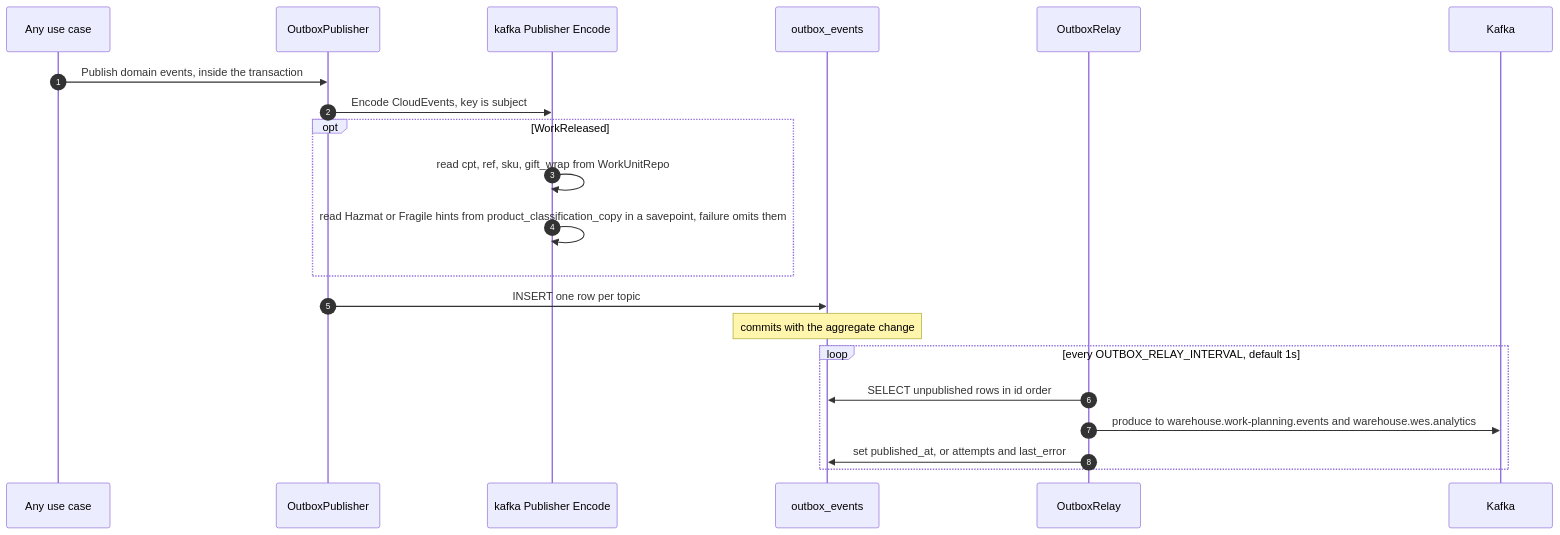
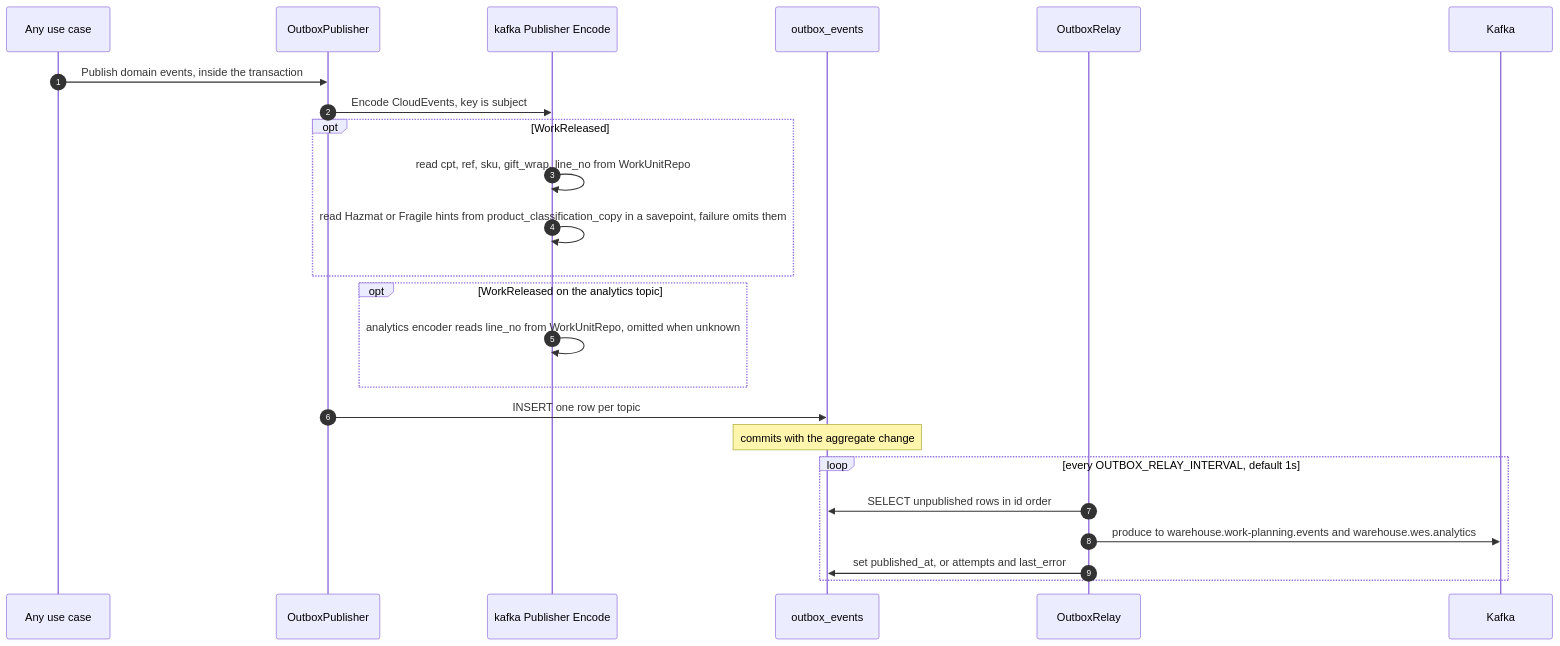
One commit to IQVO/warehouse-docs changed the ninth of 10 diagrams in docs/contexts/wes-work-planning/sequence-diagrams.md. Above: the diagram before and after it, drawn with Mermaid. The commit also changed other lines of this file and 119 other files, not shown here.

````diff
--- a/docs/contexts/wes-work-planning/sequence-diagrams.md
+++ b/docs/contexts/wes-work-planning/sequence-diagrams.md
@@ -403,24 +403,27 @@
 ```mermaid
 sequenceDiagram
     autonumber
     participant UC as Any use case
     participant OP as OutboxPublisher
     participant ENC as kafka Publisher Encode
     participant Outbox as outbox_events
     participant Relay as OutboxRelay
     participant K as Kafka
 
     UC->>OP: Publish domain events, inside the transaction
     OP->>ENC: Encode CloudEvents, key is subject
     opt WorkReleased
-        ENC->>ENC: read cpt, ref, sku, gift_wrap from WorkUnitRepo
+        ENC->>ENC: read cpt, ref, sku, gift_wrap, line_no from WorkUnitRepo
         ENC->>ENC: read Hazmat or Fragile hints from product_classification_copy in a savepoint, failure omits them
+    end
+    opt WorkReleased on the analytics topic
+        ENC->>ENC: analytics encoder reads line_no from WorkUnitRepo, omitted when unknown
     end
     OP->>Outbox: INSERT one row per topic
     Note over Outbox: commits with the aggregate change
     loop every OUTBOX_RELAY_INTERVAL, default 1s
         Relay->>Outbox: SELECT unpublished rows in id order
         Relay->>K: produce to warehouse.work-planning.events and warehouse.wes.analytics
         Relay->>Outbox: set published_at, or attempts and last_error
     end
 ```
````
